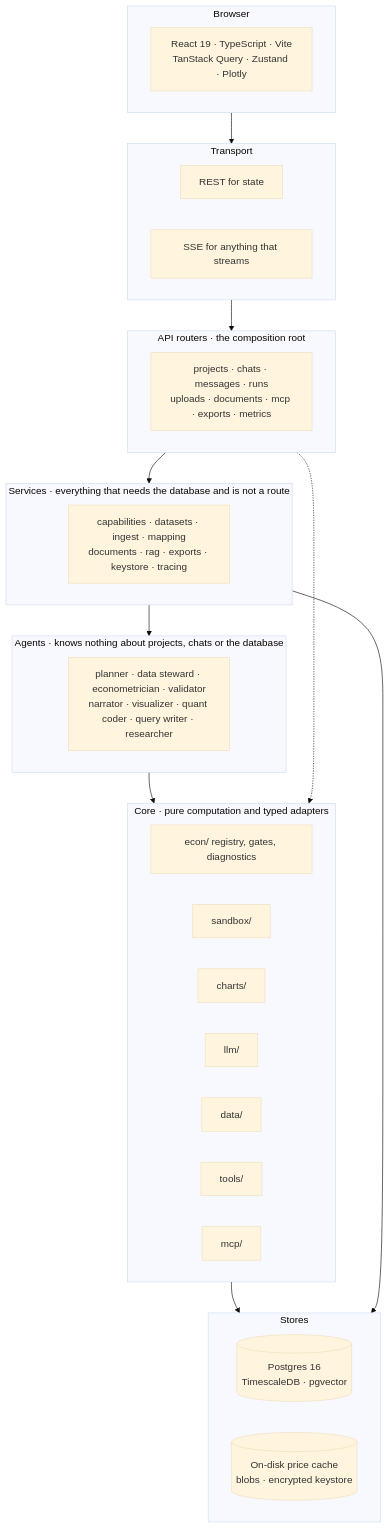
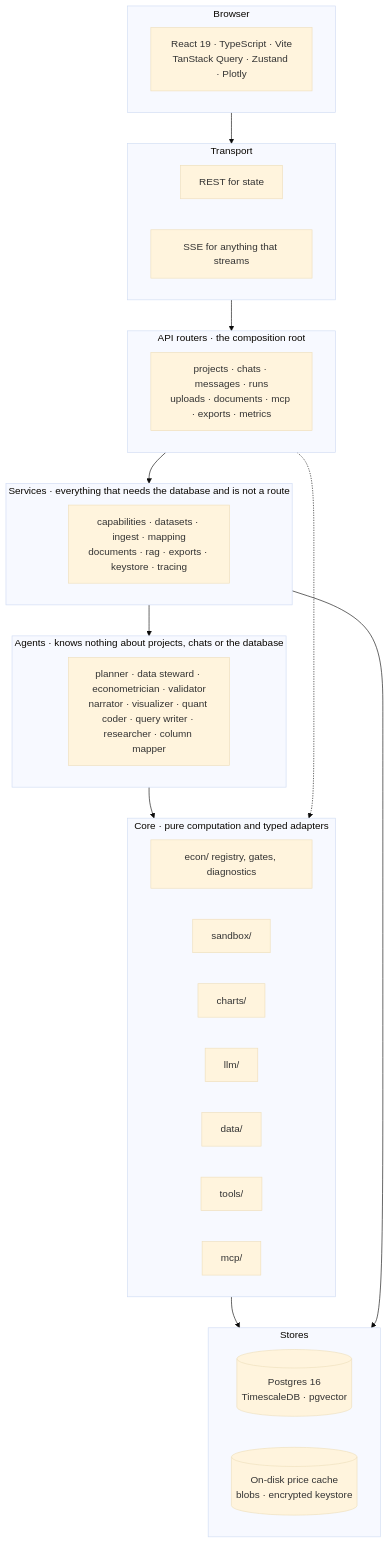
Before and after one commit to VikrantKurada/Econometrica: the first of 2 diagrams in docs/3-architecture/README.md, drawn with Mermaid (base theme). The commit also changed 7 other files, not shown here.

````diff
--- a/docs/3-architecture/README.md
+++ b/docs/3-architecture/README.md
@@ -49,36 +49,36 @@
 ```mermaid
 flowchart TB
     subgraph B["Browser"]
         UI["React 19 · TypeScript · Vite<br/>TanStack Query · Zustand · Plotly"]
     end
     subgraph T["Transport"]
         HTTP["REST for state"]
         SSE["SSE for anything that streams"]
     end
     subgraph API["API routers · the composition root"]
         R["projects · chats · messages · runs<br/>uploads · documents · mcp · exports · metrics"]
     end
     subgraph SVC["Services · everything that needs the database and is not a route"]
         S["capabilities · datasets · ingest · mapping<br/>documents · rag · exports · keystore · tracing"]
     end
     subgraph AG["Agents · knows nothing about projects, chats or the database"]
-        A["planner · data steward · econometrician · validator<br/>narrator · visualizer · quant coder · query writer · researcher"]
+        A["planner · data steward · econometrician · validator<br/>narrator · visualizer · quant coder · query writer · researcher · column mapper"]
     end
     subgraph CORE["Core · pure computation and typed adapters"]
         E["econ/ registry, gates, diagnostics"]
         SB["sandbox/"]
         CH["charts/"]
         LL["llm/"]
         DA["data/"]
         TO["tools/"]
         MC["mcp/"]
     end
     subgraph ST["Stores"]
         PG[("Postgres 16<br/>TimescaleDB · pgvector")]
         DISK[("On-disk price cache<br/>blobs · encrypted keystore")]
     end
 
     B --> T --> API --> SVC --> AG --> CORE --> ST
     API -.-> CORE
     SVC --> ST
 ```
````
